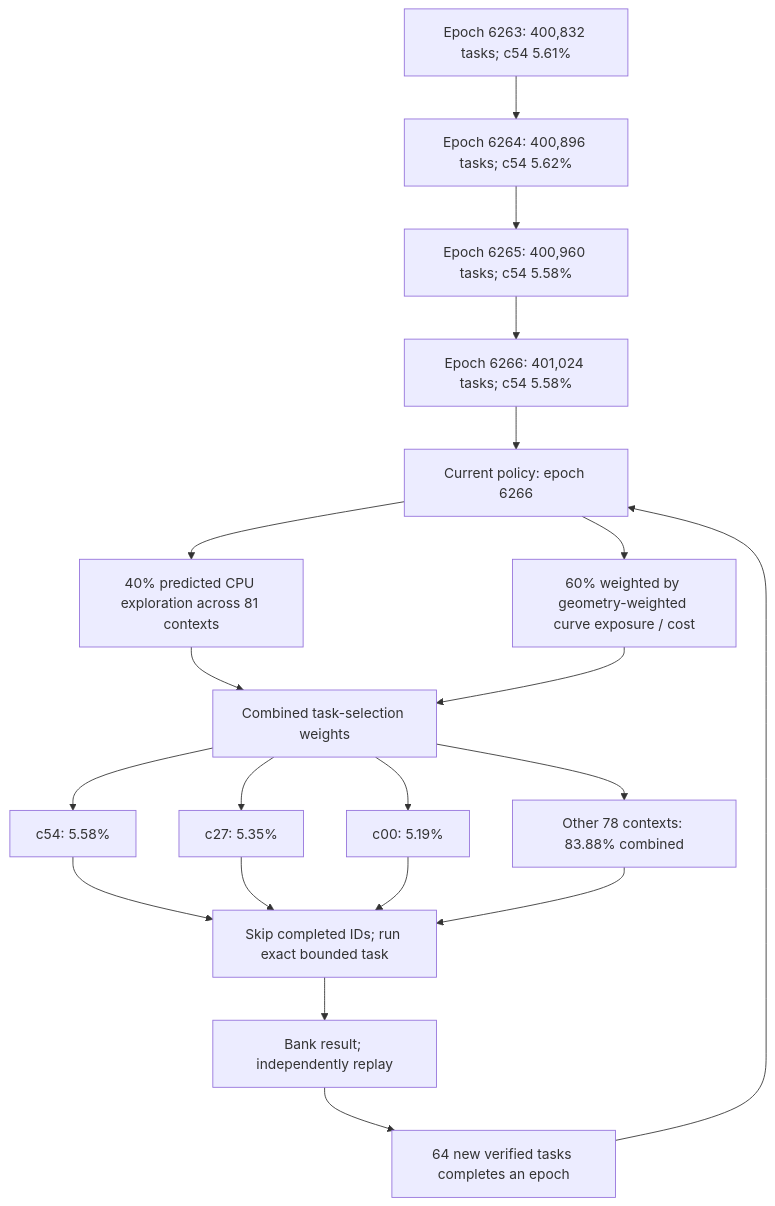
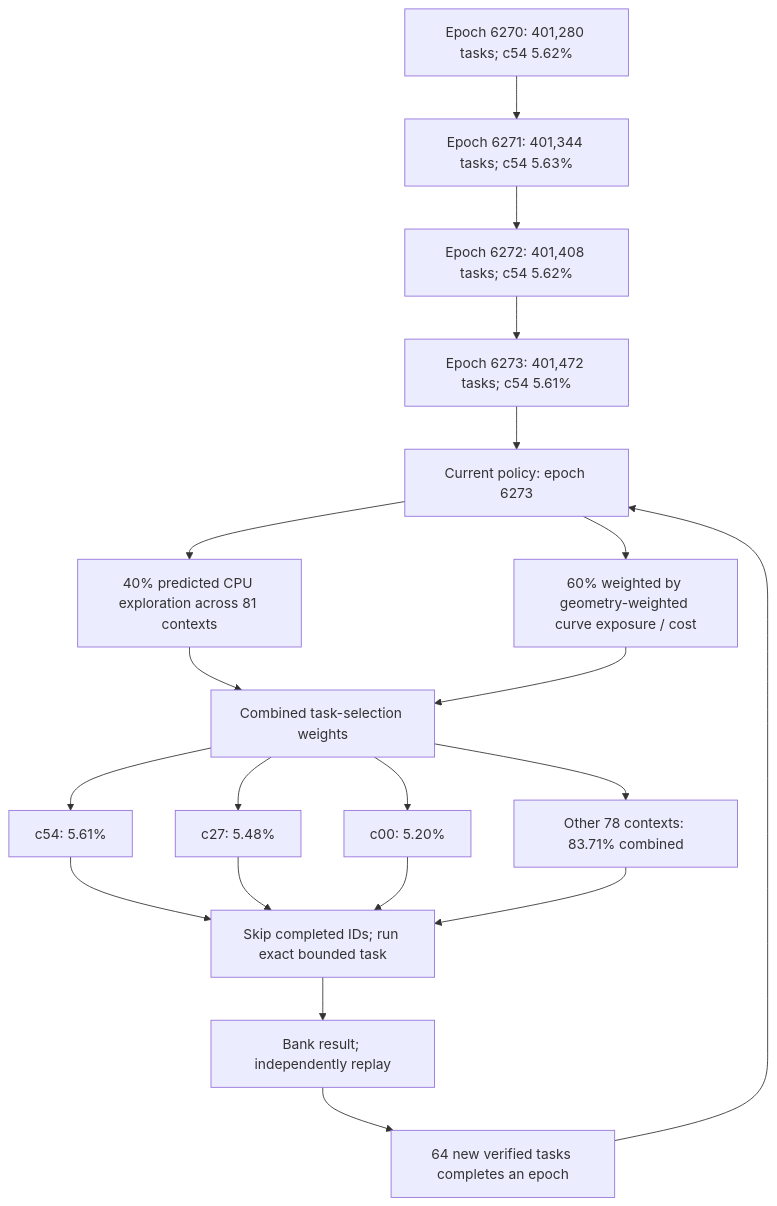
The first of 4 diagrams in README.md (Kuberwastaken/math-gambling), drawn with Mermaid before and after one commit. The commit also changed other lines of this file and 1517 other files, not shown here.

````diff
--- a/README.md
+++ b/README.md
@@ -60,27 +60,27 @@
 ```mermaid
 flowchart TD
-    H0["Epoch 6263: 400,832 tasks; c54 5.61%"]
-    H1["Epoch 6264: 400,896 tasks; c54 5.62%"]
+    H0["Epoch 6270: 401,280 tasks; c54 5.62%"]
+    H1["Epoch 6271: 401,344 tasks; c54 5.63%"]
     H0 --> H1
-    H2["Epoch 6265: 400,960 tasks; c54 5.58%"]
+    H2["Epoch 6272: 401,408 tasks; c54 5.62%"]
     H1 --> H2
-    H3["Epoch 6266: 401,024 tasks; c54 5.58%"]
+    H3["Epoch 6273: 401,472 tasks; c54 5.61%"]
     H2 --> H3
-    Policy["Current policy: epoch 6266"]
+    Policy["Current policy: epoch 6273"]
     H3 --> Policy
     Policy --> Explore["40% predicted CPU exploration across 81 contexts"]
     Policy --> Cost["60% weighted by geometry-weighted curve exposure / cost"]
     Explore --> Mix["Combined task-selection weights"]
     Cost --> Mix
-    Mix --> C0["c54: 5.58%"]
-    Mix --> C1["c27: 5.35%"]
-    Mix --> C2["c00: 5.19%"]
-    Mix --> Rest["Other 78 contexts: 83.88% combined"]
+    Mix --> C0["c54: 5.61%"]
+    Mix --> C1["c27: 5.48%"]
+    Mix --> C2["c00: 5.20%"]
+    Mix --> Rest["Other 78 contexts: 83.71% combined"]
     C0 --> Check["Skip completed IDs; run exact bounded task"]
     C1 --> Check
     C2 --> Check
     Rest --> Check
     Check --> Replay["Bank result; independently replay"]
     Replay --> Gate["64 new verified tasks completes an epoch"]
     Gate --> Policy
 ```
````
